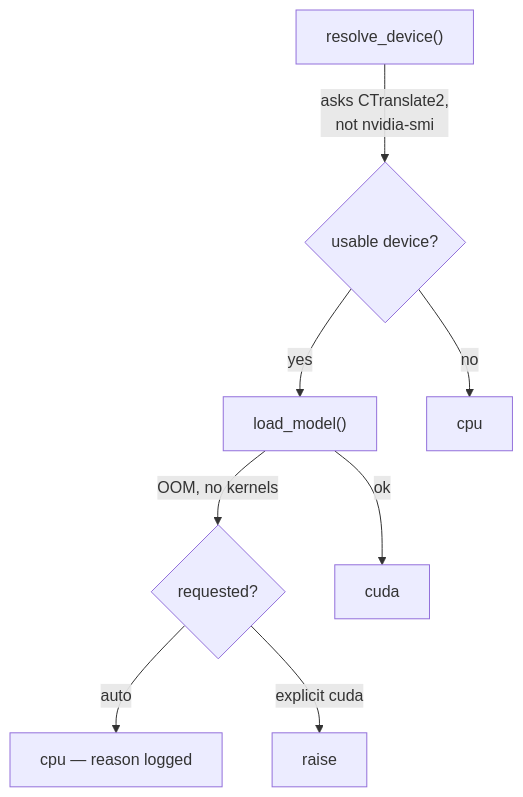
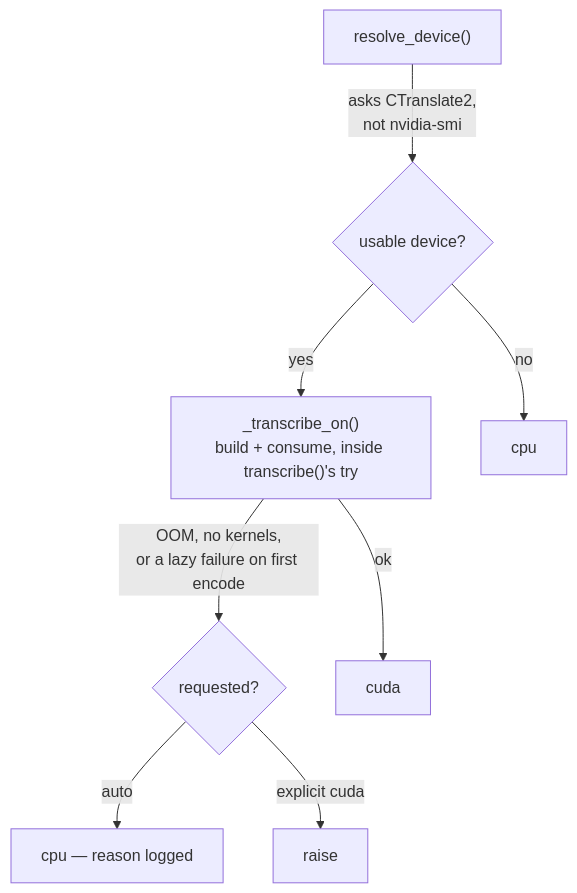
One commit to Abdel-RahmanSaied/Qatf changed the fourth of 6 diagrams in docs/architecture.md. Above: the diagram before and after it, drawn with Mermaid. The commit also changed other lines of this file and 10 other files, not shown here.

````diff
--- a/docs/architecture.md
+++ b/docs/architecture.md
@@ -213,10 +213,10 @@
 ```mermaid
 flowchart TD
     R["resolve_device()"] -->|"asks CTranslate2,<br/>not nvidia-smi"| D{usable device?}
-    D -->|yes| L["load_model()"]
+    D -->|yes| L["_transcribe_on()<br/>build + consume, inside transcribe()'s try"]
     D -->|no| CPU[cpu]
-    L -->|OOM, no kernels| F{requested?}
+    L -->|"OOM, no kernels,<br/>or a lazy failure on first encode"| F{requested?}
     F -->|auto| CPU2["cpu — reason logged"]
     F -->|explicit cuda| E[raise]
     L -->|ok| G[cuda]
 ```
````
